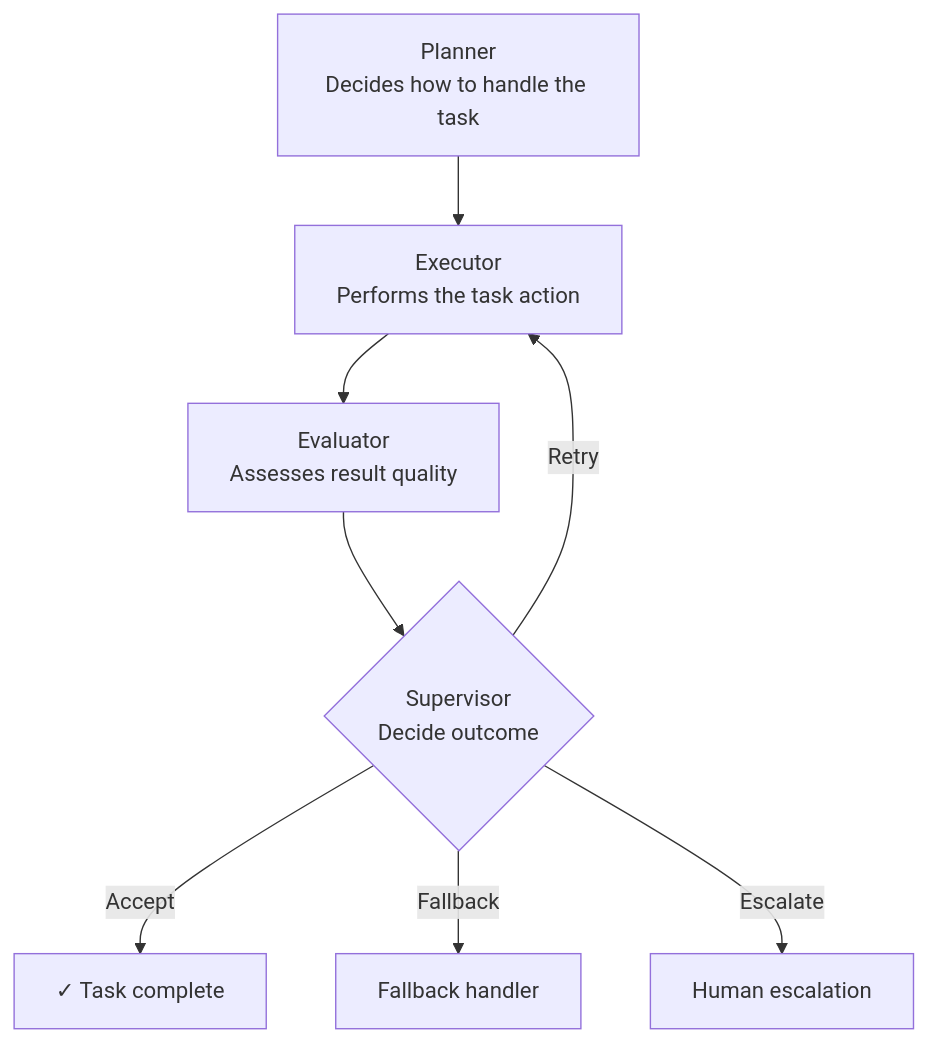
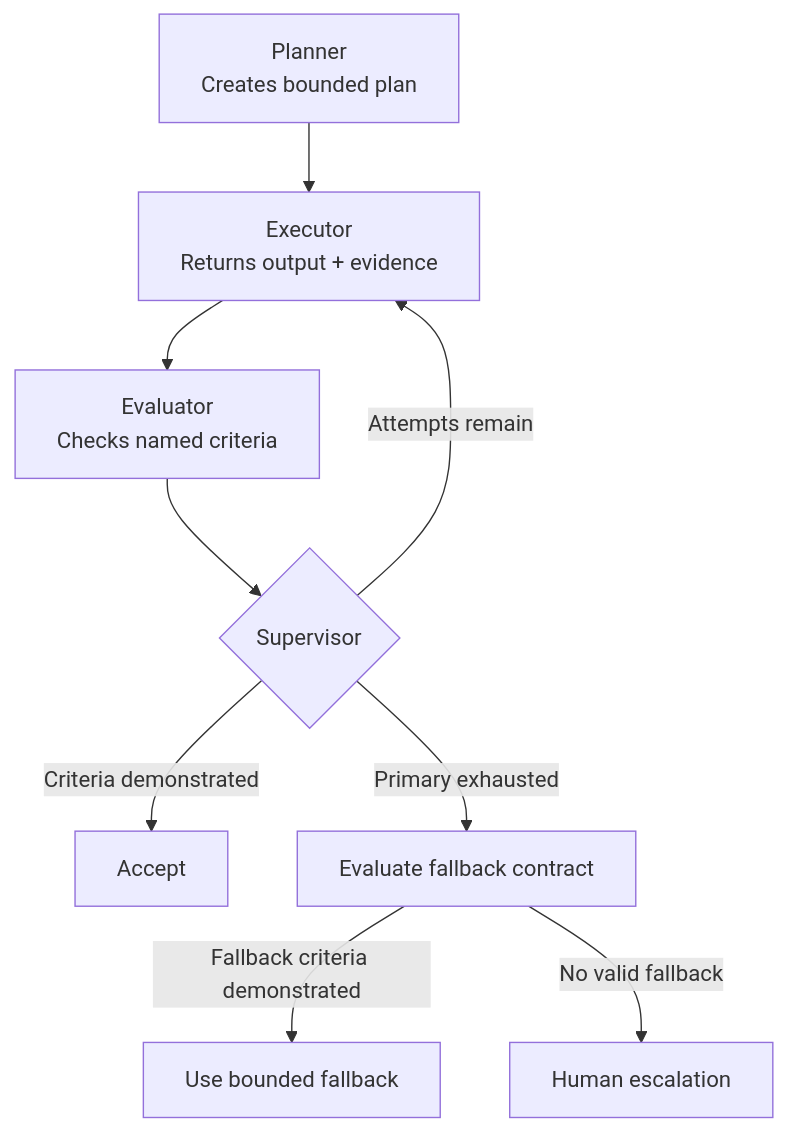
Before and after one commit to simaba/agent-simulator: the diagram in README.md, drawn with Mermaid. The commit also changed other lines of this file and 5 other files, not shown here.

````diff
--- a/README.md
+++ b/README.md
@@ -33,11 +39,12 @@
 ```mermaid
 flowchart TD
-    P[Planner\nDecides how to handle the task] --> E
-    E[Executor\nPerforms the task action] --> Ev
-    Ev[Evaluator\nAssesses result quality] --> S
-    S{Supervisor\nDecide outcome}
-    S -->|Accept| Done[✓ Task complete]
-    S -->|Retry| E
-    S -->|Fallback| F[Fallback handler]
-    S -->|Escalate| Esc[Human escalation]
+    P[Planner\nCreates bounded plan] --> E
+    E[Executor\nReturns output + evidence] --> Ev
+    Ev[Evaluator\nChecks named criteria] --> S
+    S{Supervisor}
+    S -->|Criteria demonstrated| Done[Accept]
+    S -->|Attempts remain| E
+    S -->|Primary exhausted| FC[Evaluate fallback contract]
+    FC -->|Fallback criteria demonstrated| F[Use bounded fallback]
+    FC -->|No valid fallback| Esc[Human escalation]
 ```
````
